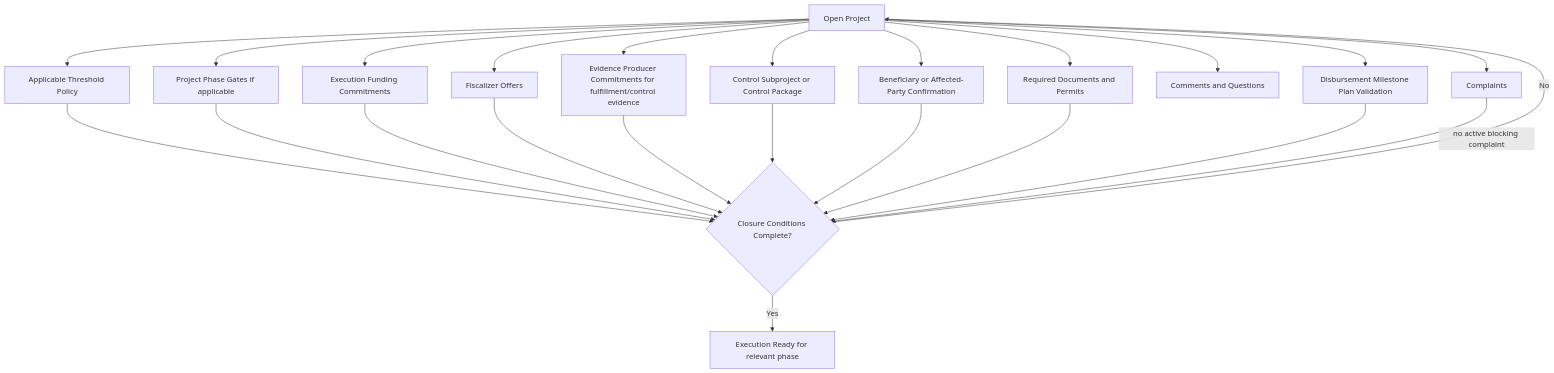
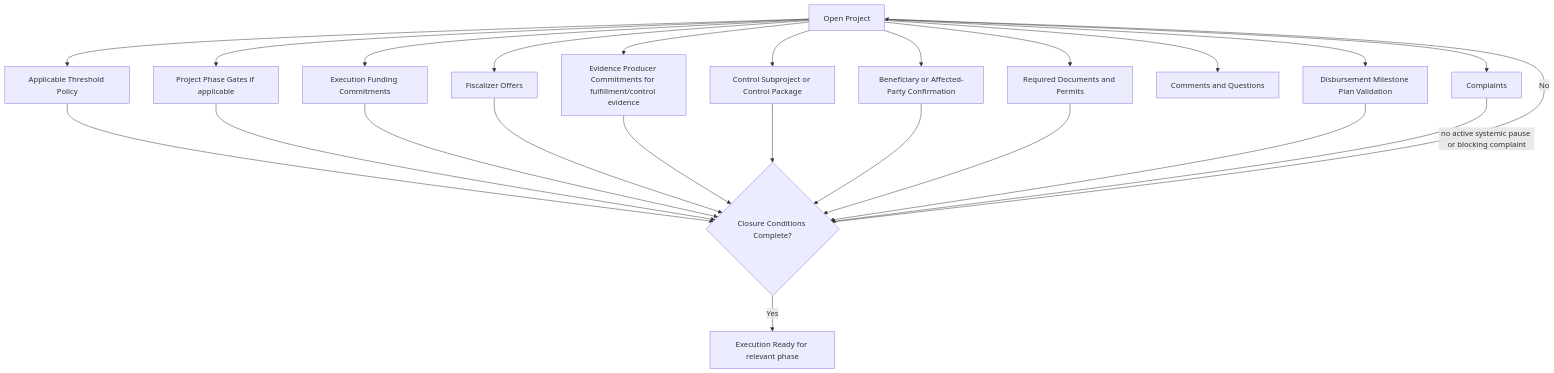
The diagram in docs/diagrams/v0-open-project-parallel-closure.md (moffermann/distributed-governance-research), drawn with Mermaid before and after one commit. The commit also changed 33 other files, not shown here.

First line of the commit message:
Align H013 pause and complaint effects

````diff
--- a/docs/diagrams/v0-open-project-parallel-closure.md
+++ b/docs/diagrams/v0-open-project-parallel-closure.md
@@ -9,30 +9,30 @@
 ```mermaid
 flowchart TD
     OP[Open Project]
 
     OP --> TP[Applicable Threshold Policy]
     OP --> PH[Project Phase Gates if applicable]
     OP --> F[Execution Funding Commitments]
     OP --> FS[Fiscalizer Offers]
     OP --> EP[Evidence Producer Commitments for fulfillment/control evidence]
     OP --> CP[Control Subproject or Control Package]
     OP --> B[Beneficiary or Affected-Party Confirmation]
     OP --> D[Required Documents and Permits]
     OP --> C[Comments and Questions]
     OP --> Q[Complaints]
     OP --> MP[Disbursement Milestone Plan Validation]
 
     TP --> CC
     PH --> CC
     F --> CC{Closure Conditions Complete?}
     FS --> CC
     EP --> CC
     CP --> CC
     B --> CC
     D --> CC
     MP --> CC
-    Q -->|no active blocking complaint| CC
+    Q -->|no active systemic pause or blocking complaint| CC
 
     CC -->|No| OP
     CC -->|Yes| ER[Execution Ready for relevant phase]
 ```
````
